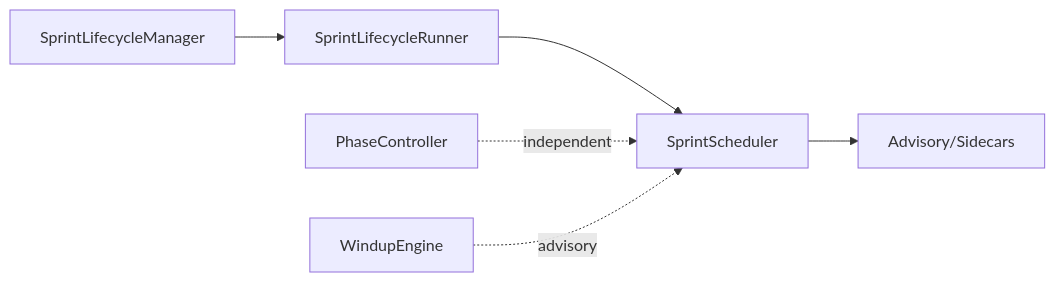
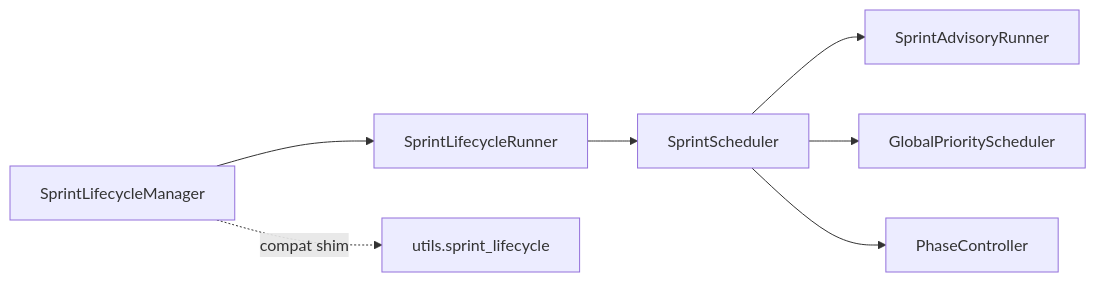
Before and after one commit to Hamulda/hledac-universal: the sixth of 6 diagrams in .qoder/repowiki/en/content/Runtime Management/Sprint Lifecycle Management.md, drawn with Mermaid. The commit also changed other lines of this file and 236 other files, not shown here.

Commit message:
feat: F234 prelive gate, acquisition strategy and sprint scheduler improvements

````diff
--- a/.qoder/repowiki/en/content/Runtime Management/Sprint Lifecycle Management.md
+++ b/.qoder/repowiki/en/content/Runtime Management/Sprint Lifecycle Management.md
@@ -286,8 +270,9 @@
 ```mermaid
 graph LR
-LC["SprintLifecycleManager"] --> RUN["SprintLifecycleRunner"]
-RUN --> SCH["SprintScheduler"]
-SCH --> AD["Advisory/Sidecars"]
-PC["PhaseController"] -. independent .-> SCH
-WE["WindupEngine"] -. advisory .-> SCH
+LC["SprintLifecycleManager"] --> LR["SprintLifecycleRunner"]
+LR --> SCH["SprintScheduler"]
+SCH --> ADV["SprintAdvisoryRunner"]
+SCH --> EXT["GlobalPriorityScheduler"]
+SCH --> PC["PhaseController"]
+LC -. compat shim .-> CS["utils.sprint_lifecycle"]
 ```
````
